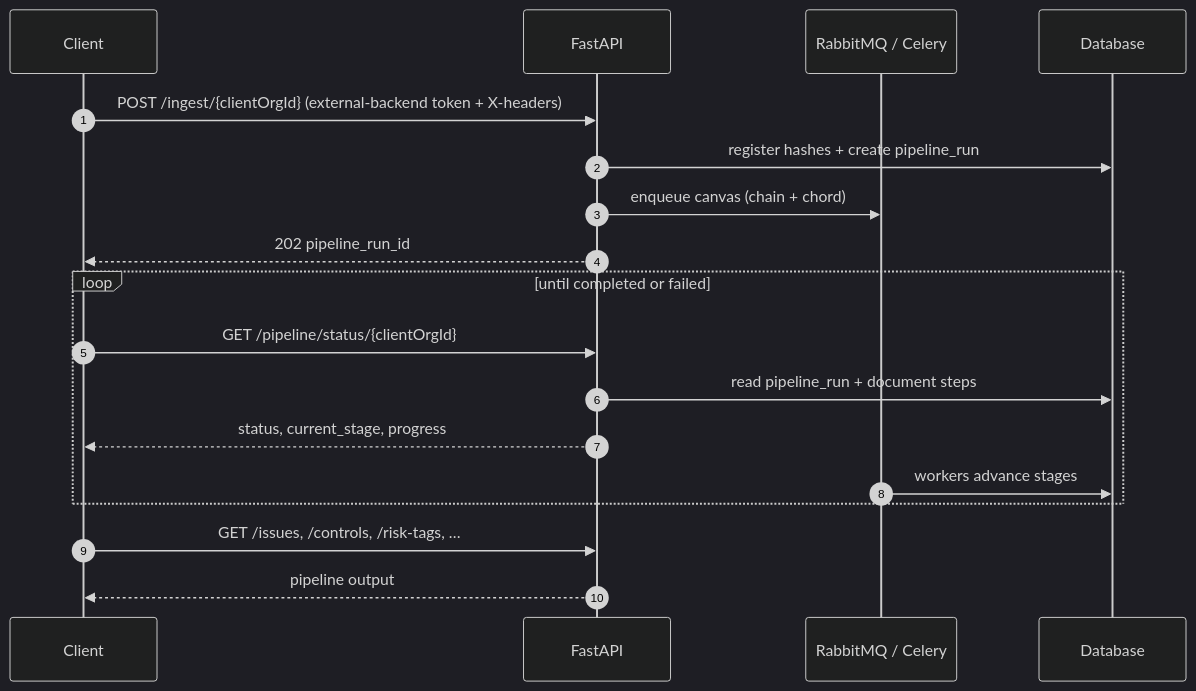
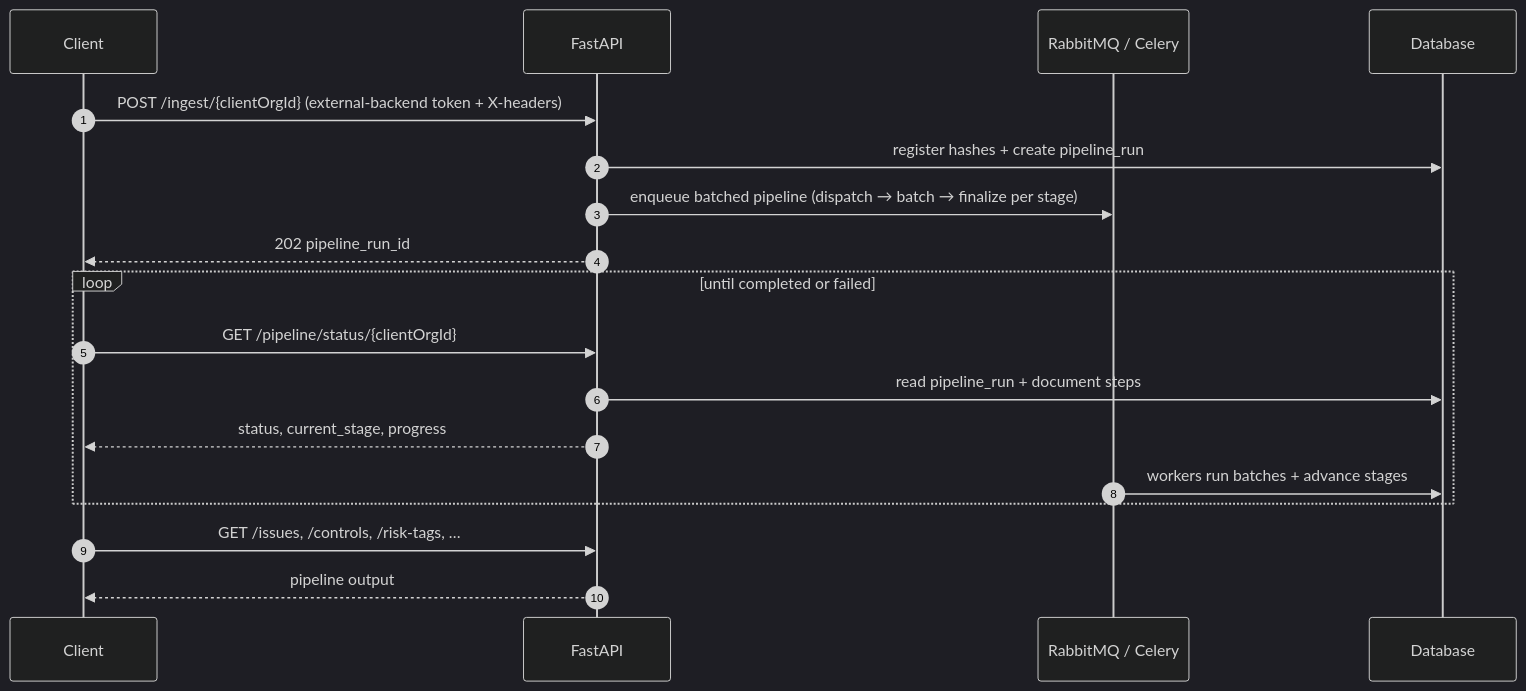
The second of 3 diagrams in mint-docs/flow/00-automated-ingest-pipeline.mdx (Rajman1221/iso-robot), drawn with Mermaid (dark theme) before and after one commit. The commit also changed other lines of this file and 11 other files, not shown here.

````diff
--- a/mint-docs/flow/00-automated-ingest-pipeline.mdx
+++ b/mint-docs/flow/00-automated-ingest-pipeline.mdx
@@ -234,23 +254,23 @@
 ```mermaid
 sequenceDiagram
     autonumber
     participant C as Client
     participant API as FastAPI
     participant Q as RabbitMQ / Celery
     participant DB as Database
 
     C->>API: POST /ingest/{clientOrgId}  (external-backend token + X-headers)
     API->>DB: register hashes + create pipeline_run
-    API->>Q: enqueue canvas (chain + chord)
+    API->>Q: enqueue batched pipeline (dispatch → batch → finalize per stage)
     API-->>C: 202 pipeline_run_id
 
     loop until completed or failed
         C->>API: GET /pipeline/status/{clientOrgId}
         API->>DB: read pipeline_run + document steps
         API-->>C: status, current_stage, progress
-        Q->>DB: workers advance stages
+        Q->>DB: workers run batches + advance stages
     end
 
     C->>API: GET /issues, /controls, /risk-tags, …
     API-->>C: pipeline output
 ```
````
